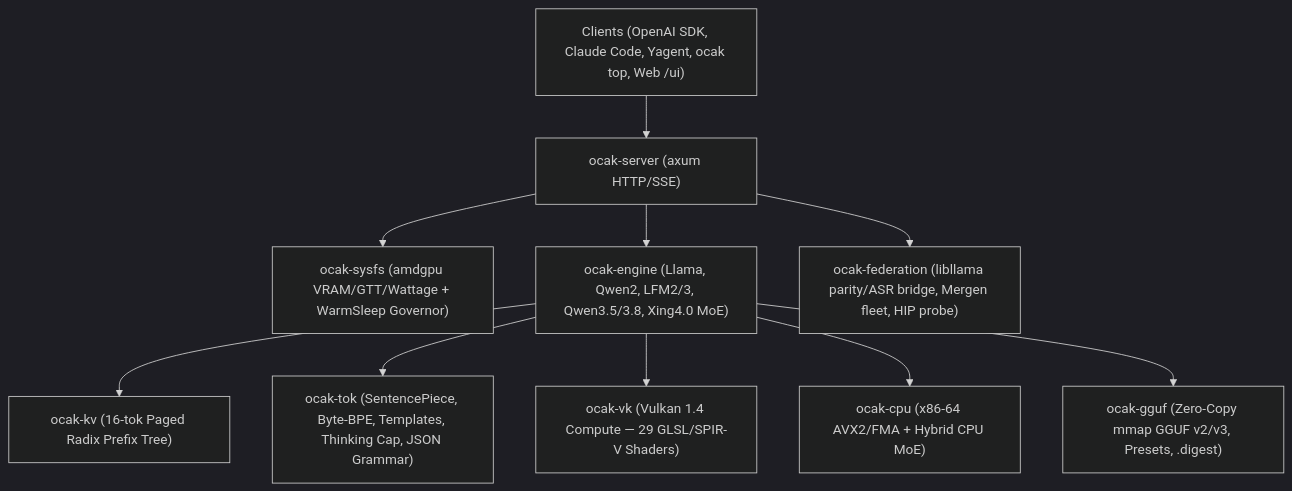
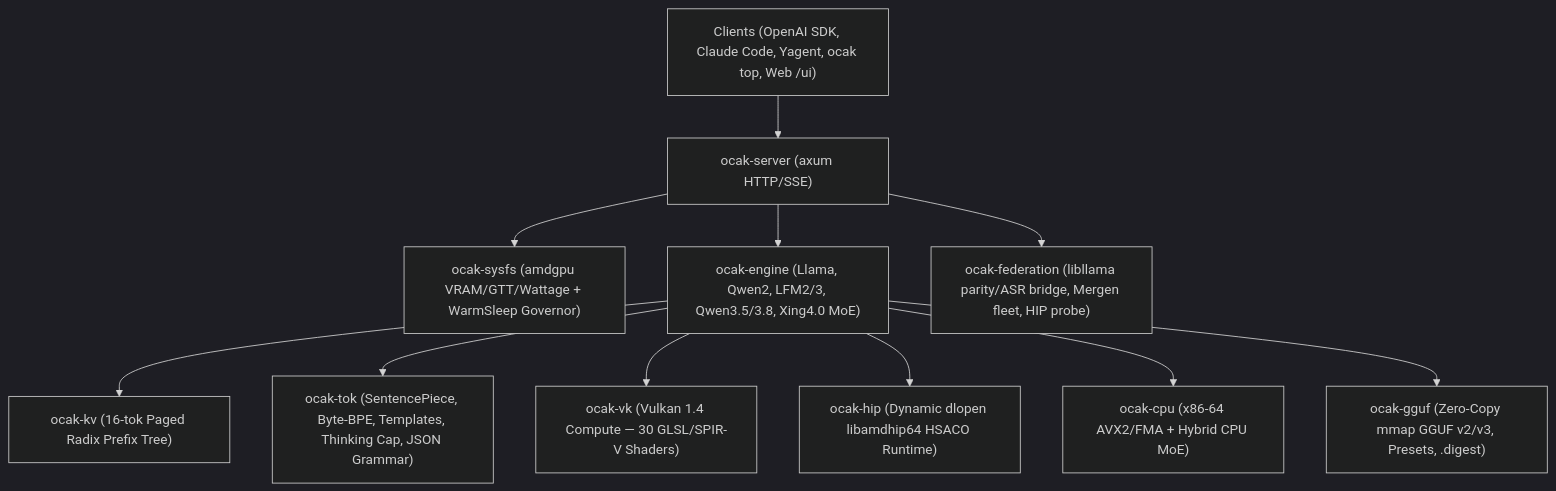
The diagram in README.md (Mechres/ocak), drawn with Mermaid (dark theme) before and after one commit. The commit also changed other lines of this file and 12 other files, not shown here.

Commit message:
feat(m5b+m6): fused GPU MoE + parallel MLA in XingExec, native Qwen3.5/RVN MTP draft head & dynamic ocak-hip crate

````diff
--- a/README.md
+++ b/README.md
@@ -32,12 +32,13 @@
 ```mermaid
 flowchart TD
     Clients["Clients (OpenAI SDK, Claude Code, Yagent, ocak top, Web /ui)"] --> Server["ocak-server (axum HTTP/SSE)"]
     Server --> Gov["ocak-sysfs (amdgpu VRAM/GTT/Wattage + WarmSleep Governor)"]
     Server --> Engine["ocak-engine (Llama, Qwen2, LFM2/3, Qwen3.5/3.8, Xing4.0 MoE)"]
     Server --> Fed["ocak-federation (libllama parity/ASR bridge, Mergen fleet, HIP probe)"]
     Engine --> KV["ocak-kv (16-tok Paged Radix Prefix Tree)"]
     Engine --> Tok["ocak-tok (SentencePiece, Byte-BPE, Templates, Thinking Cap, JSON Grammar)"]
-    Engine --> VK["ocak-vk (Vulkan 1.4 Compute — 29 GLSL/SPIR-V Shaders)"]
+    Engine --> VK["ocak-vk (Vulkan 1.4 Compute — 30 GLSL/SPIR-V Shaders)"]
+    Engine --> HIP["ocak-hip (Dynamic dlopen libamdhip64 HSACO Runtime)"]
     Engine --> CPU["ocak-cpu (x86-64 AVX2/FMA + Hybrid CPU MoE)"]
     Engine --> GGUF["ocak-gguf (Zero-Copy mmap GGUF v2/v3, Presets, .digest)"]
 ```
````
